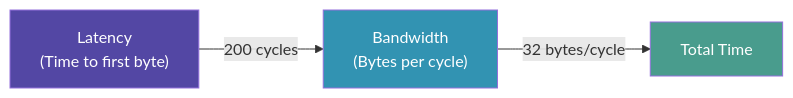
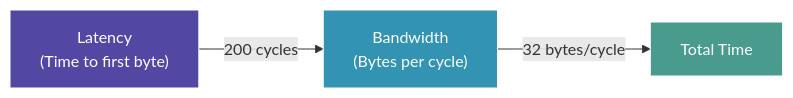
One commit to tenstorrent/tt-vscode-toolkit changed the second of 2 diagrams in content/lessons/cs-fundamentals-02-memory.md. Above: the diagram before and after it, drawn with Mermaid. The commit also changed other lines of this file and 37 other files, not shown here.

````diff
--- a/content/lessons/cs-fundamentals-02-memory.md
+++ b/content/lessons/cs-fundamentals-02-memory.md
@@ -405,9 +405,9 @@
 ```mermaid
 graph LR
     A["Latency<br/>(Time to first byte)"] -->|200 cycles| B["Bandwidth<br/>(Bytes per cycle)"]
     B -->|32 bytes/cycle| C["Total Time"]
 
-    style A fill:#5347a4,color:#fff
-    style B fill:#3293b2,color:#fff
-    style C fill:#499c8d,color:#fff
+    style A fill:#5347a4,stroke:#fff,color:#fff
+    style B fill:#3293b2,stroke:#fff,color:#fff
+    style C fill:#499c8d,stroke:#fff,color:#fff
 ```
````
